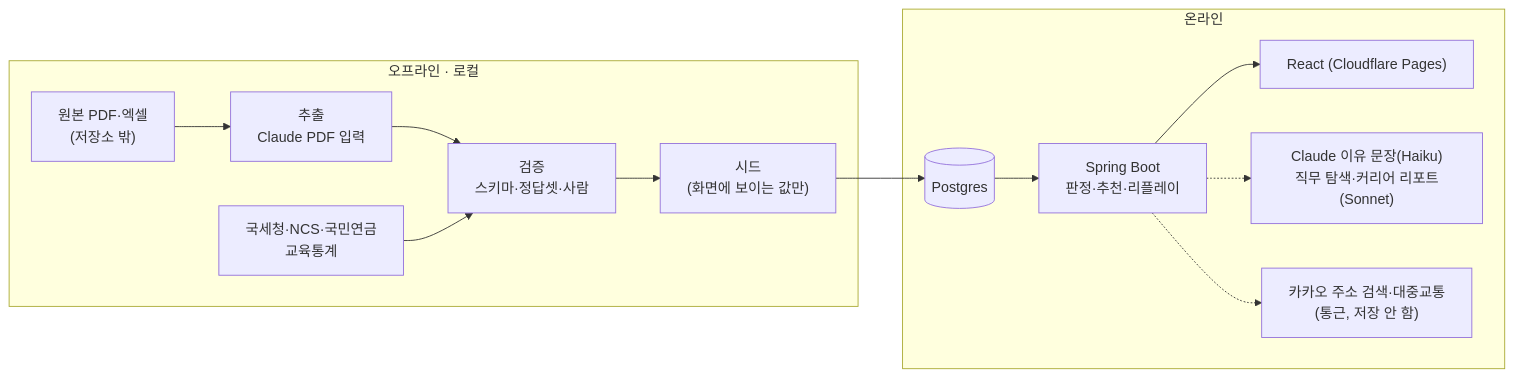
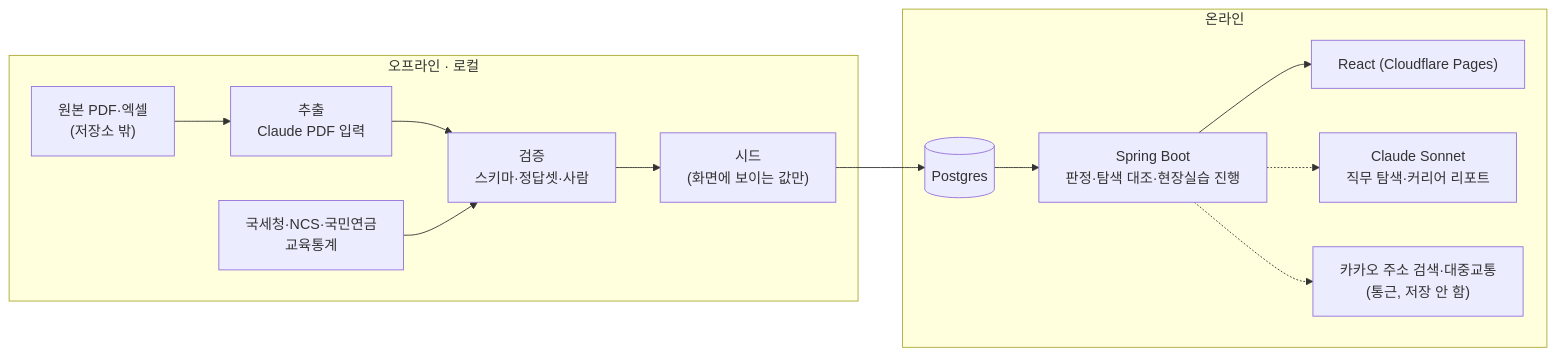
Before and after one commit to skuniv-team11/Backend: the diagram in docs/architecture.md, drawn with Mermaid. The commit also changed other lines of this file and 65 other files, not shown here.

````diff
--- a/docs/architecture.md
+++ b/docs/architecture.md
@@ -9,16 +9,16 @@
 ```mermaid
 flowchart LR
   subgraph OFF["오프라인 · 로컬"]
     R["원본 PDF·엑셀<br>(저장소 밖)"] --> X["추출<br>Claude PDF 입력"]
     X --> V["검증<br>스키마·정답셋·사람"]
     P["국세청·NCS·국민연금<br>교육통계"] --> V
     V --> S["시드<br>(화면에 보이는 값만)"]
   end
   subgraph ON["온라인"]
     S --> DB[("Postgres")]
-    DB --> API["Spring Boot<br>판정·추천·리플레이"]
+    DB --> API["Spring Boot<br>판정·탐색 대조·현장실습 진행"]
     API --> FE["React (Cloudflare Pages)"]
-    API -.-> C["Claude 이유 문장(Haiku)<br>직무 탐색·커리어 리포트(Sonnet)"]
+    API -.-> C["Claude Sonnet<br>직무 탐색·커리어 리포트"]
     API -.-> K["카카오 주소 검색·대중교통<br>(통근, 저장 안 함)"]
   end
 ```
````
